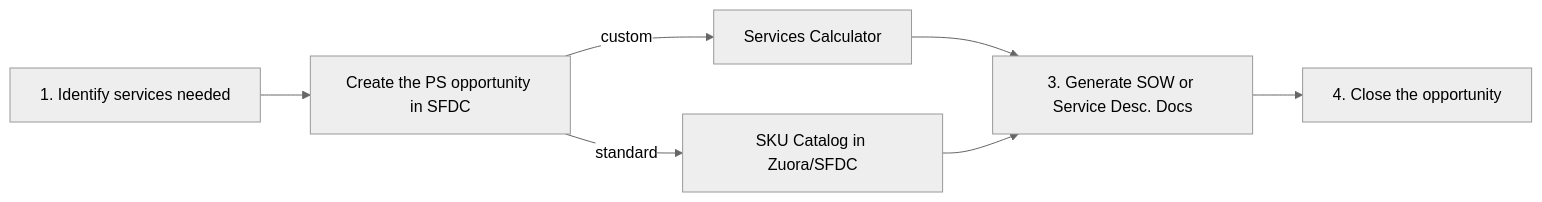
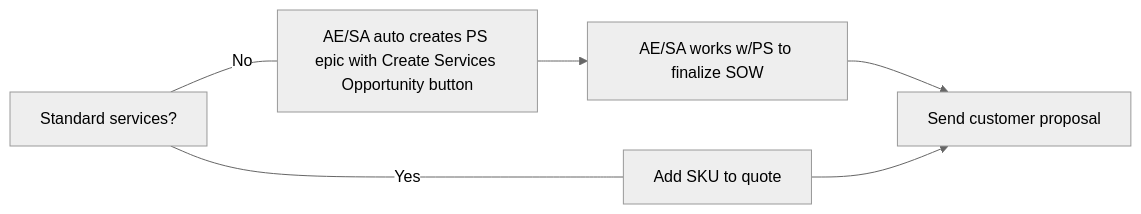
Before and after one commit to zalyoung/gitlab-handbook: the diagram in content/handbook/customer-success/professional-services-engineering/selling.md, drawn with Mermaid (neutral theme). The commit also changed other lines of this file and 8 other files, not shown here.

Commit message:
PS handbook overhaul mainly inspired to update sales team to use create services oppty in salesforce instead of the services calculator

````diff
--- a/content/handbook/customer-success/professional-services-engineering/selling.md
+++ b/content/handbook/customer-success/professional-services-engineering/selling.md
@@ -24,9 +24,9 @@
 ```mermaid
 graph LR;
-  a["1. Identify services needed "]-->b["Create the PS opportunity in SFDC"];
-  b--custom-->c["Services Calculator"];
-  b--standard-->d["SKU Catalog in Zuora/SFDC"];
-  c-->e["3. Generate SOW or Service Desc. Docs"];
-  d-->e;
-  e-->f["4. Close the opportunity"];
+  a["Standard services?"]-- Yes ---b["Add SKU to quote"];
+  a-- No ---c["AE/SA auto creates PS epic with Create Services Opportunity button"];
+  c-->d["AE/SA works w/PS to finalize SOW"];
+  z["Send customer proposal"];
+  d-->z;
+  b-->z;
 ```
````
